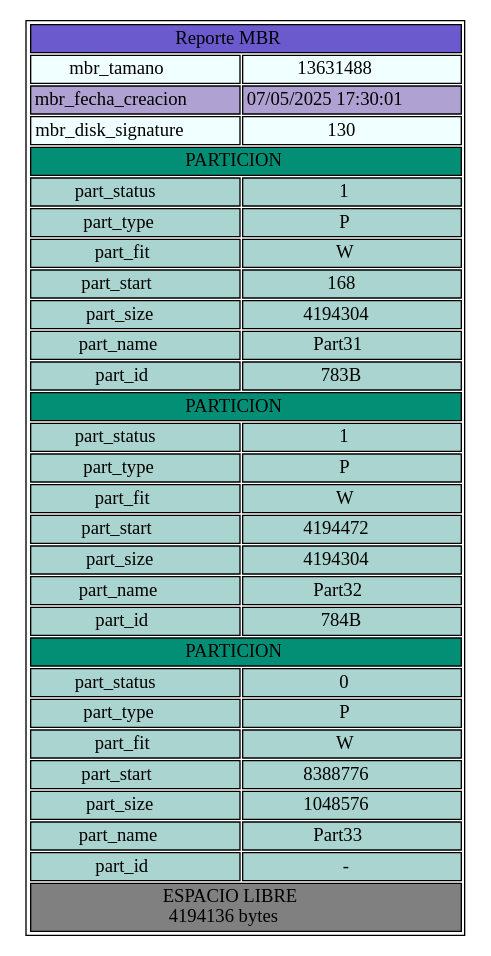
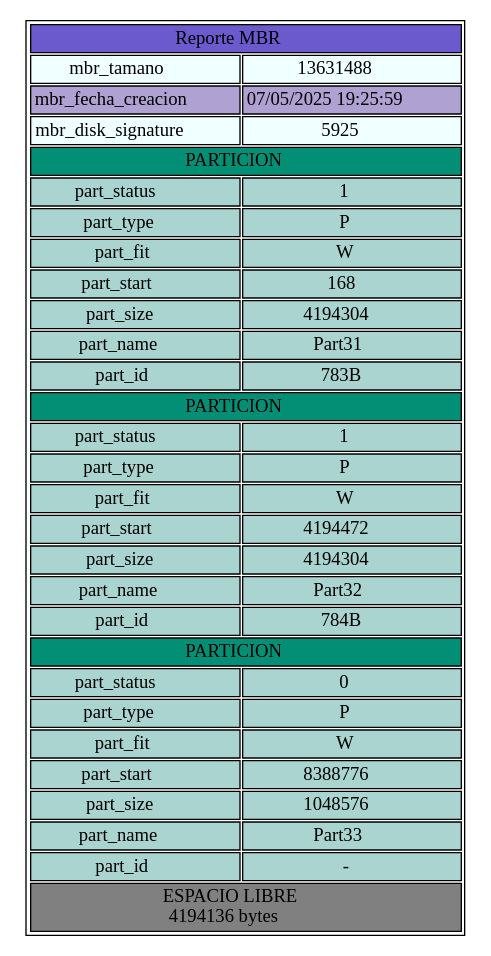
One commit to YairCarrito45/MIA-P2 changed the diagram in Backend/home/yair/Calificacion_MIA/Reportes/p1_rE_mbr.dot. Above: the diagram before and after it, drawn with Graphviz. The commit also changed 23 other files, not shown here.

```diff
--- a/Backend/home/yair/Calificacion_MIA/Reportes/p1_rE_mbr.dot
+++ b/Backend/home/yair/Calificacion_MIA/Reportes/p1_rE_mbr.dot
@@ -1,116 +1,116 @@
 digraph { 
 node [ shape=none ] 
 TablaReportNodo [ label = < <table border="1"> 
  <tr>
   <td bgcolor='SlateBlue' COLSPAN="2"> Reporte MBR </td> 
  </tr> 
  <tr>
   <td bgcolor='Azure'> mbr_tamano </td> 
   <td bgcolor='Azure'> 13631488 </td> 
  </tr> 
  <tr>
   <td bgcolor='#AFA1D1'> mbr_fecha_creacion </td> 
-  <td bgcolor='#AFA1D1'> 07/05/2025 17:30:01 </td> 
+  <td bgcolor='#AFA1D1'> 07/05/2025 19:25:59 </td> 
  </tr> 
  <tr>
   <td bgcolor='Azure'> mbr_disk_signature </td> 
-  <td bgcolor='Azure'> 130 </td> 
+  <td bgcolor='Azure'> 5925 </td> 
  </tr>  
  <tr>
  <td bgcolor='#028f76' COLSPAN="2"> PARTICION </td> 
  </tr> 
  <tr>
  <td bgcolor='#aad4cf'> part_status </td> 
  <td bgcolor='#aad4cf'> 1 </td> 
  </tr> 
  <tr>
  <td bgcolor='#aad4cf'> part_type </td> 
  <td bgcolor='#aad4cf'> P </td> 
  </tr> 
  <tr>
  <td bgcolor='#aad4cf'> part_fit </td> 
  <td bgcolor='#aad4cf'> W </td> 
  </tr> 
  <tr>
  <td bgcolor='#aad4cf'> part_start </td> 
  <td bgcolor='#aad4cf'> 168 </td> 
  </tr> 
  <tr>
  <td bgcolor='#aad4cf'> part_size </td> 
  <td bgcolor='#aad4cf'> 4194304 </td> 
  </tr> 
  <tr>
  <td bgcolor='#aad4cf'> part_name </td> 
  <td bgcolor='#aad4cf'> Part31 </td> 
  </tr> 
  <tr>
  <td bgcolor='#aad4cf'> part_id </td> 
  <td bgcolor='#aad4cf'> 783B </td> 
  </tr> 
  <tr>
  <td bgcolor='#028f76' COLSPAN="2"> PARTICION </td> 
  </tr> 
  <tr>
  <td bgcolor='#aad4cf'> part_status </td> 
  <td bgcolor='#aad4cf'> 1 </td> 
  </tr> 
  <tr>
  <td bgcolor='#aad4cf'> part_type </td> 
  <td bgcolor='#aad4cf'> P </td> 
  </tr> 
  <tr>
  <td bgcolor='#aad4cf'> part_fit </td> 
  <td bgcolor='#aad4cf'> W </td> 
  </tr> 
  <tr>
  <td bgcolor='#aad4cf'> part_start </td> 
  <td bgcolor='#aad4cf'> 4194472 </td> 
  </tr> 
  <tr>
  <td bgcolor='#aad4cf'> part_size </td> 
  <td bgcolor='#aad4cf'> 4194304 </td> 
  </tr> 
  <tr>
  <td bgcolor='#aad4cf'> part_name </td> 
  <td bgcolor='#aad4cf'> Part32 </td> 
  </tr> 
  <tr>
  <td bgcolor='#aad4cf'> part_id </td> 
  <td bgcolor='#aad4cf'> 784B </td> 
  </tr> 
  <tr>
  <td bgcolor='#028f76' COLSPAN="2"> PARTICION </td> 
  </tr> 
  <tr>
  <td bgcolor='#aad4cf'> part_status </td> 
  <td bgcolor='#aad4cf'> 0 </td> 
  </tr> 
  <tr>
  <td bgcolor='#aad4cf'> part_type </td> 
  <td bgcolor='#aad4cf'> P </td> 
  </tr> 
  <tr>
  <td bgcolor='#aad4cf'> part_fit </td> 
  <td bgcolor='#aad4cf'> W </td> 
  </tr> 
  <tr>
  <td bgcolor='#aad4cf'> part_start </td> 
  <td bgcolor='#aad4cf'> 8388776 </td> 
  </tr> 
  <tr>
  <td bgcolor='#aad4cf'> part_size </td> 
  <td bgcolor='#aad4cf'> 1048576 </td> 
  </tr> 
  <tr>
  <td bgcolor='#aad4cf'> part_name </td> 
  <td bgcolor='#aad4cf'> Part33 </td> 
  </tr> 
  <tr>
  <td bgcolor='#aad4cf'> part_id </td> 
  <td bgcolor='#aad4cf'> - </td> 
  </tr> 
  <tr>
  <td bgcolor='#808080' COLSPAN="2"> ESPACIO LIBRE <br/> 4194136 bytes </td> 
  </tr> 
 </table> > ]
 }
```
